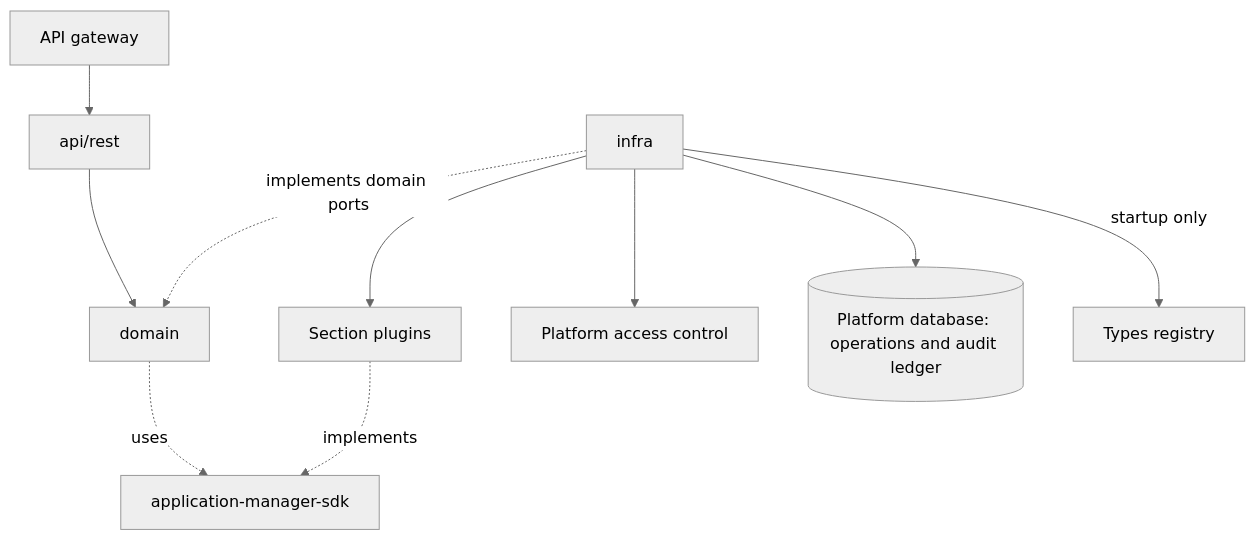
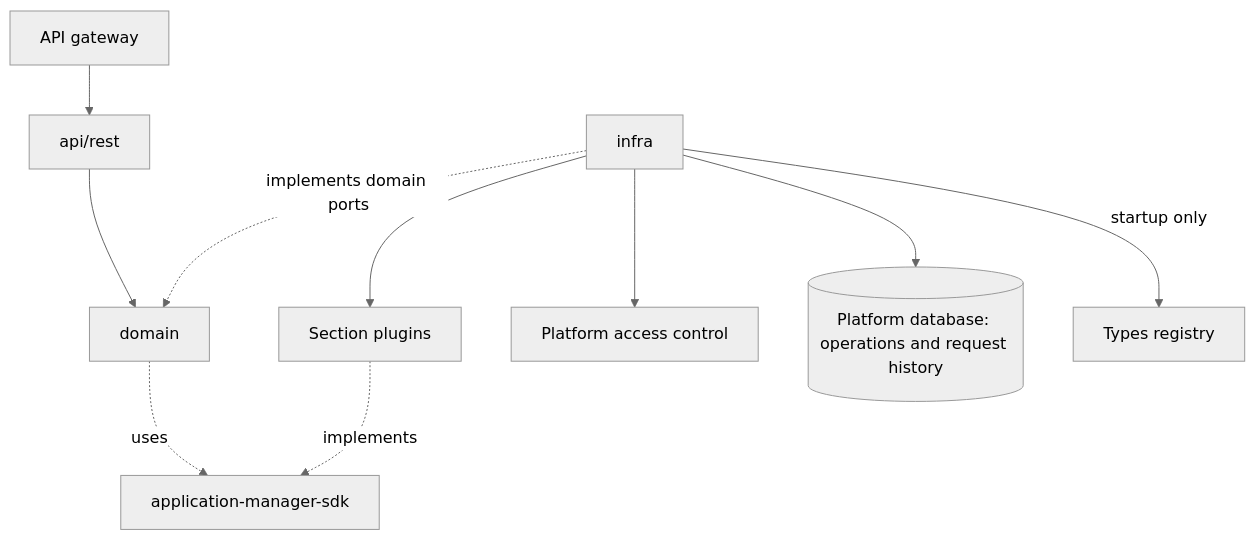
One commit to constructorfabric/gears-rust changed the first of 6 diagrams in gears/system/application-manager/docs/DESIGN.md. Above: the diagram before and after it, drawn with Mermaid (neutral theme). The commit also changed other lines of this file and 4 other files, not shown here.

Commit message:
Rename audit ledger to request history

````diff
--- a/gears/system/application-manager/docs/DESIGN.md
+++ b/gears/system/application-manager/docs/DESIGN.md
@@ -111,11 +111,11 @@
 ```mermaid
 flowchart TB
     GW["API gateway"] --> API["api/rest"] --> DOM["domain"]
     INF["infra"] -.->|"implements domain ports"| DOM
     INF --> SP["Section plugins"]
     INF --> PDP["Platform access control"]
-    INF --> DB[("Platform database: operations and audit ledger")]
+    INF --> DB[("Platform database: operations and request history")]
     INF -->|"startup only"| TR["Types registry"]
     SP -. implements .-> SDK["application-manager-sdk"]
     DOM -. uses .-> SDK
 ```
````
